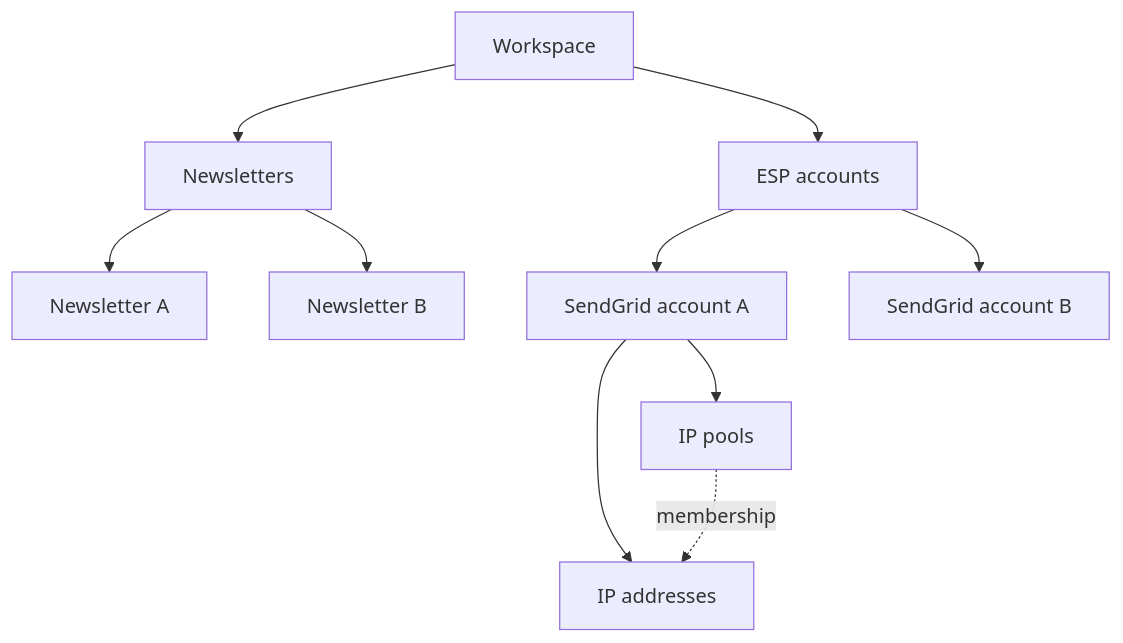
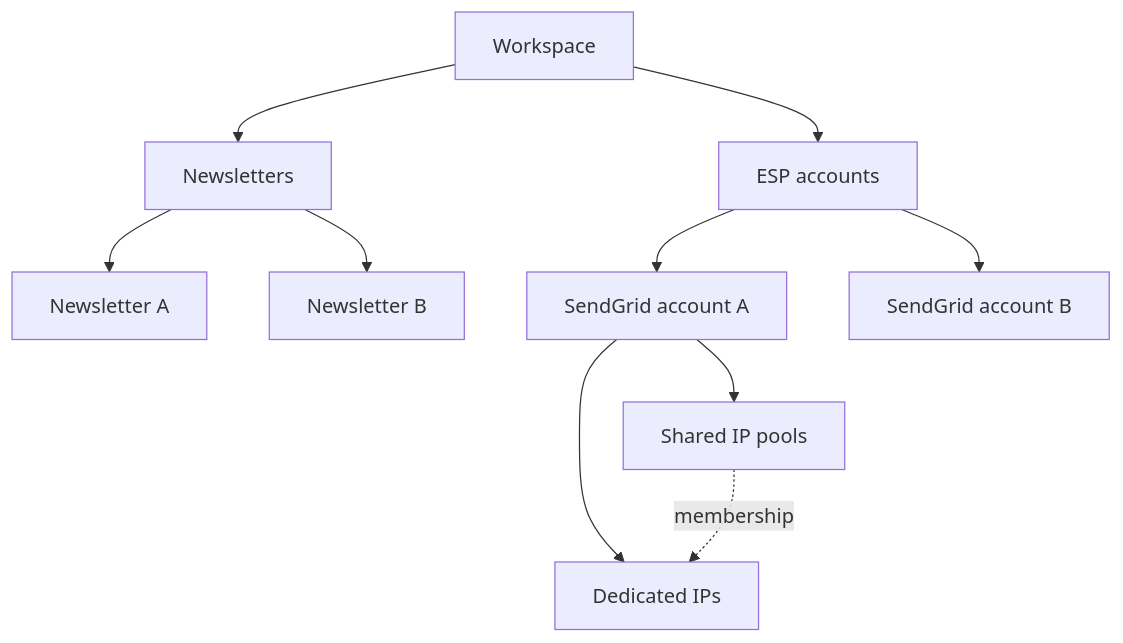
One commit to roninpublishing/dittofeed changed the diagram in FORK_PLAN.md. Above: the diagram before and after it, drawn with Mermaid. The commit also changed other lines of this file and 21 other files, not shown here.

First line of the commit message:
feat(workspace): refine org chart and speed up navigation

````diff
--- a/FORK_PLAN.md
+++ b/FORK_PLAN.md
@@ -837,12 +839,12 @@
 ```mermaid
 flowchart TD
   W[Workspace] --> N[Newsletters]
   W --> E[ESP accounts]
   N --> N1[Newsletter A]
   N --> N2[Newsletter B]
   E --> A[SendGrid account A]
   E --> B[SendGrid account B]
-  A --> P[IP pools]
-  A --> I[IP addresses]
+  A --> P[Shared IP pools]
+  A --> I[Dedicated IPs]
   P -. membership .-> I
 ```
````
